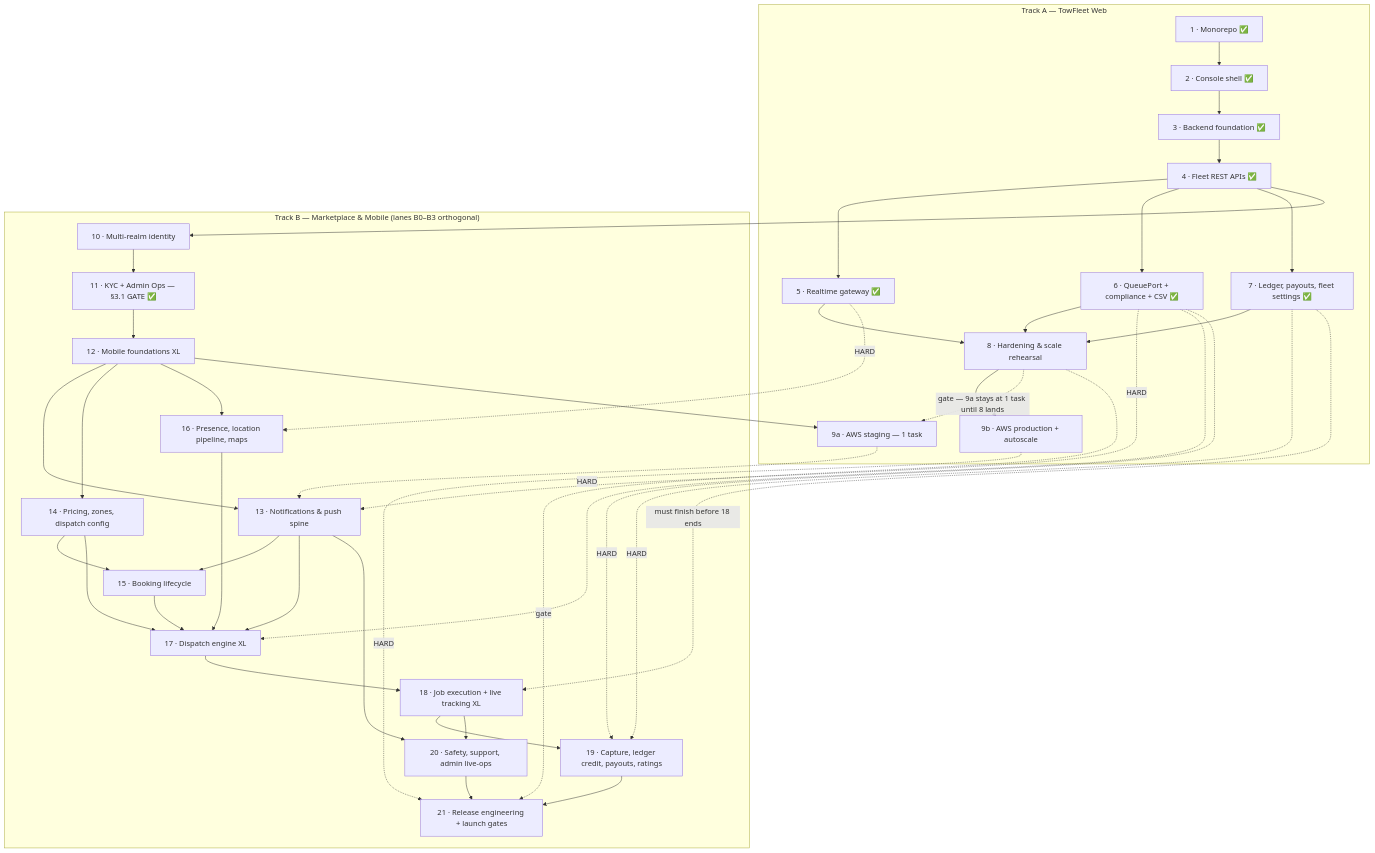
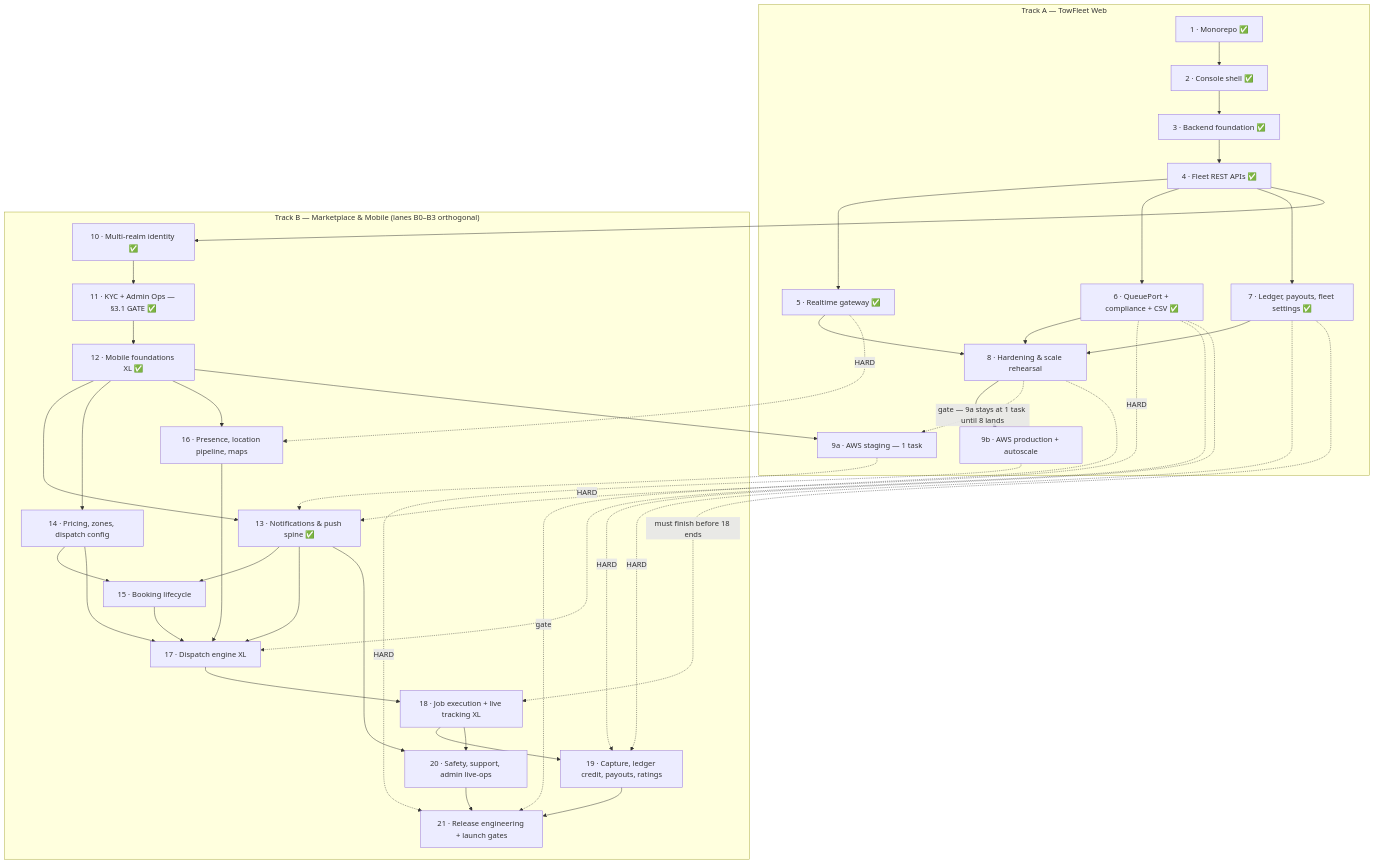
The diagram in docs/TowFleet-Implementation-Plan-V2.md (webcros/Towing), drawn with Mermaid before and after one commit. The commit also changed other lines of this file and 436 other files, not shown here.

````diff
--- a/docs/TowFleet-Implementation-Plan-V2.md
+++ b/docs/TowFleet-Implementation-Plan-V2.md
@@ -52,50 +54,50 @@
 ```mermaid
 graph TD
   subgraph TA["Track A — TowFleet Web"]
     P1["1 · Monorepo ✅"] --> P2["2 · Console shell ✅"]
     P2 --> P3["3 · Backend foundation ✅"]
     P3 --> P4["4 · Fleet REST APIs ✅"]
     P4 --> P5["5 · Realtime gateway ✅"]
     P4 --> P6["6 · QueuePort + compliance + CSV ✅"]
     P4 --> P7["7 · Ledger, payouts, fleet settings ✅"]
     P5 --> P8["8 · Hardening & scale rehearsal"]
     P6 --> P8
     P7 --> P8
     P9a["9a · AWS staging — 1 task"]
     P9b["9b · AWS production + autoscale"]
     P8 --> P9b
   end
 
   subgraph TB["Track B — Marketplace & Mobile (lanes B0–B3 orthogonal)"]
-    P10["10 · Multi-realm identity"] --> P11["11 · KYC + Admin Ops — §3.1 GATE ✅"]
-    P11 --> P12["12 · Mobile foundations XL"]
-    P12 --> P13["13 · Notifications & push spine"]
+    P10["10 · Multi-realm identity ✅"] --> P11["11 · KYC + Admin Ops — §3.1 GATE ✅"]
+    P11 --> P12["12 · Mobile foundations XL ✅"]
+    P12 --> P13["13 · Notifications & push spine ✅"]
     P12 --> P14["14 · Pricing, zones, dispatch config"]
     P13 --> P15["15 · Booking lifecycle"]
     P14 --> P15
     P12 --> P16["16 · Presence, location pipeline, maps"]
     P15 --> P17["17 · Dispatch engine XL"]
     P16 --> P17
     P13 --> P17
     P14 --> P17
     P17 --> P18["18 · Job execution + live tracking XL"]
     P18 --> P19["19 · Capture, ledger credit, payouts, ratings"]
     P18 --> P20["20 · Safety, support, admin live-ops"]
     P13 --> P20
     P19 --> P21["21 · Release engineering + launch gates"]
     P20 --> P21
   end
 
   P4 --> P10
   P12 --> P9a
   P9a -.-> P13
   P5 -.->|HARD| P16
   P6 -.->|HARD| P13
   P6 -.->|HARD| P17
   P6 -.->|HARD| P19
   P7 -.->|HARD| P19
   P7 -.->|must finish before 18 ends| P18
   P8 -.->|gate — 9a stays at 1 task until 8 lands| P9a
   P8 -.->|gate| P21
   P9b -.->|HARD| P21
 ```
````
